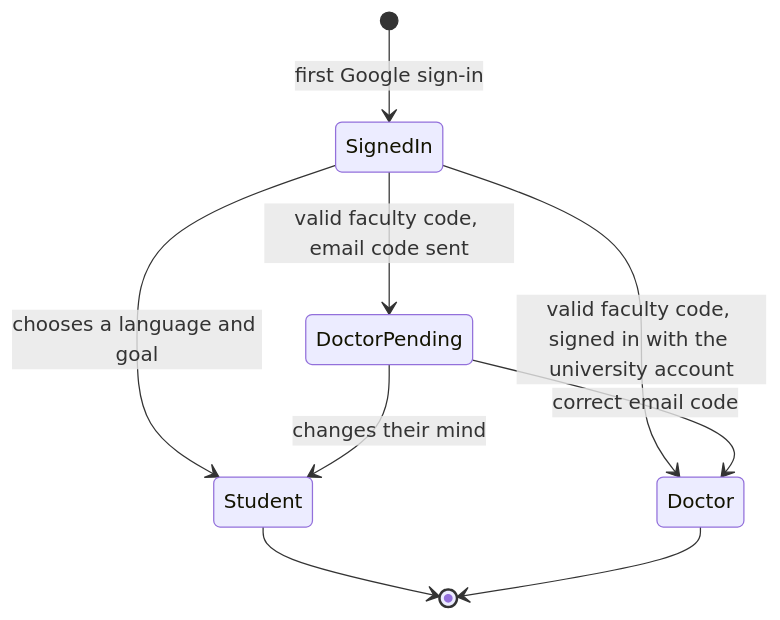
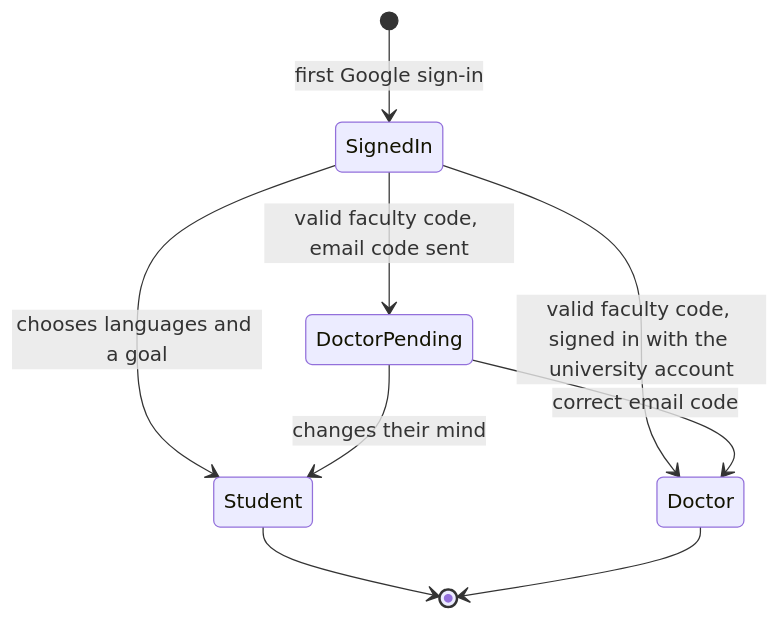
The second of 2 diagrams in docs/data-model.md (mariosaad123/ACU-graduation-projecct-Ramez-), drawn with Mermaid before and after one commit. The commit also changed other lines of this file and 16 other files, not shown here.

````diff
--- a/docs/data-model.md
+++ b/docs/data-model.md
@@ -109,11 +118,11 @@
 ```mermaid
 stateDiagram-v2
     [*] --> SignedIn: first Google sign-in
-    SignedIn --> Student: chooses a language and goal
+    SignedIn --> Student: chooses languages and a goal
     SignedIn --> DoctorPending: valid faculty code, email code sent
     SignedIn --> Doctor: valid faculty code, signed in with the university account
     DoctorPending --> Doctor: correct email code
     DoctorPending --> Student: changes their mind
     Student --> [*]
     Doctor --> [*]
 ```
````
